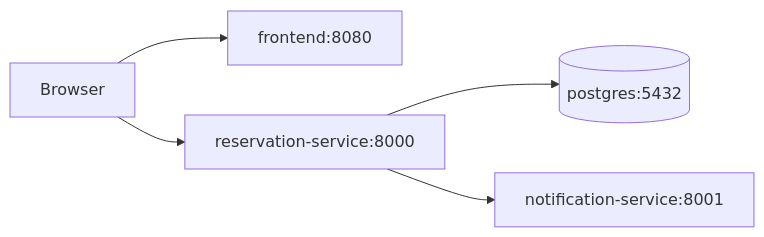
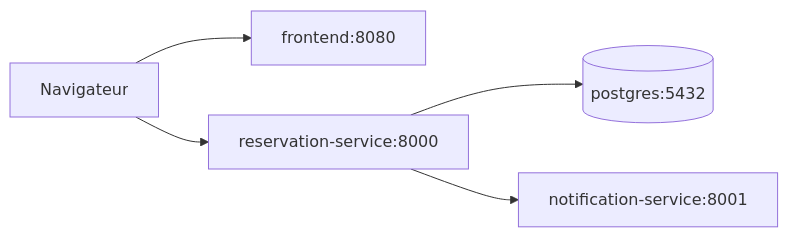
One commit to Tarek94000/PRJ-DevOps changed the second of 2 diagrams in docs/report.md. Above: the diagram before and after it, drawn with Mermaid. The commit also changed other lines of this file and 19 other files, not shown here.

````diff
--- a/docs/report.md
+++ b/docs/report.md
@@ -21,7 +28,7 @@
 ```mermaid
 flowchart LR
-  Browser --> Frontend[frontend:8080]
+  Browser[Navigateur] --> Frontend[frontend:8080]
   Browser --> Reservation[reservation-service:8000]
   Reservation --> Postgres[(postgres:5432)]
   Reservation --> Notification[notification-service:8001]
 ```
````
